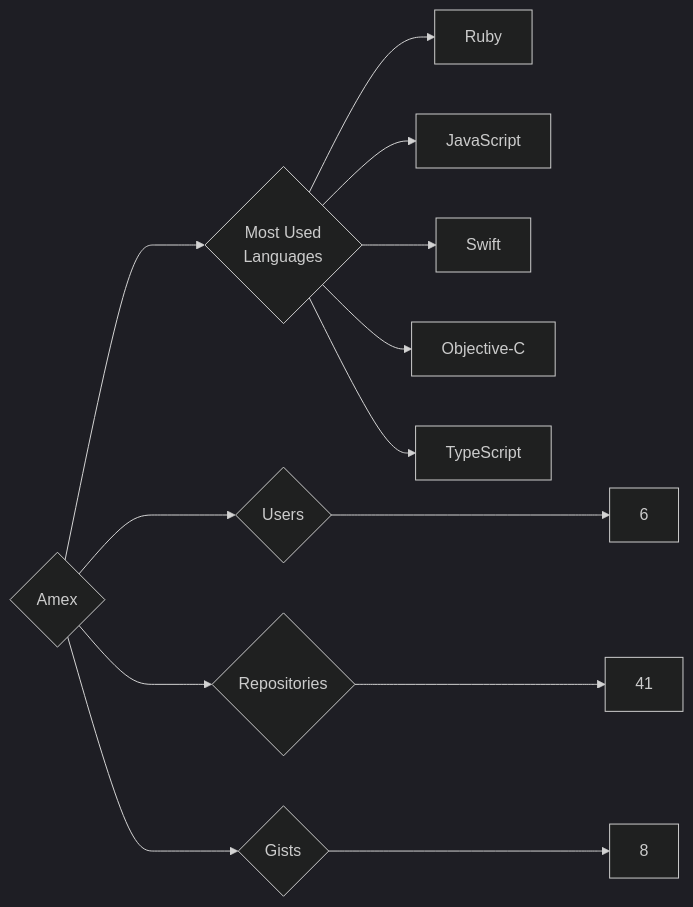
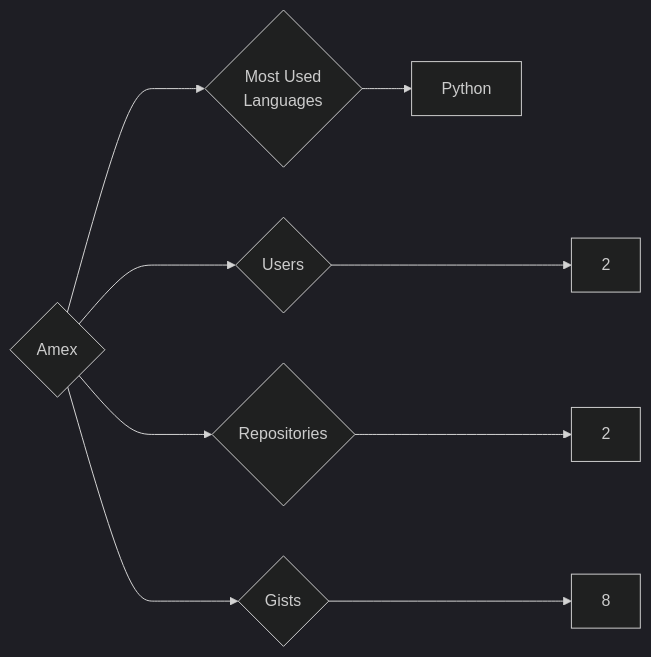
The diagram in targets/Amex/README.md (trickest/insiders), drawn with Mermaid (dark theme) before and after one commit. The commit also changed 912 other files, not shown here.

````diff
--- a/targets/Amex/README.md
+++ b/targets/Amex/README.md
@@ -3,13 +3,9 @@
 ```mermaid
 graph LR
 COMPANY_NAME{Amex}
-COMPANY_NAME ---> U{Users} ---> UN[6]
-COMPANY_NAME ---> R{Repositories} ---> RN[41]
+COMPANY_NAME ---> U{Users} ---> UN[2]
+COMPANY_NAME ---> R{Repositories} ---> RN[2]
 COMPANY_NAME ---> G{Gists} ---> GN[8]
 COMPANY_NAME ---> ML{Most Used<br>Languages}
-ML --> Ruby[Ruby]
-ML --> JavaScript[JavaScript]
-ML --> Swift[Swift]
-ML --> Objective-C[Objective-C]
-ML --> TypeScript[TypeScript]
+ML --> Python[Python]
 ```
````
